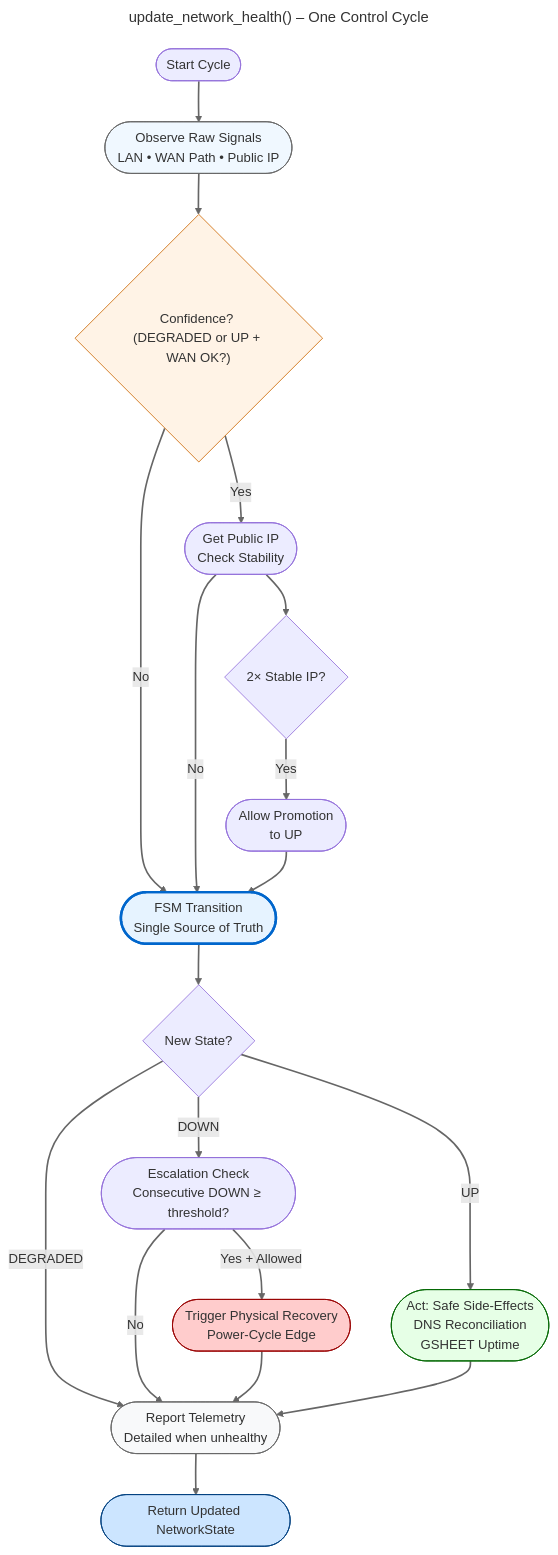
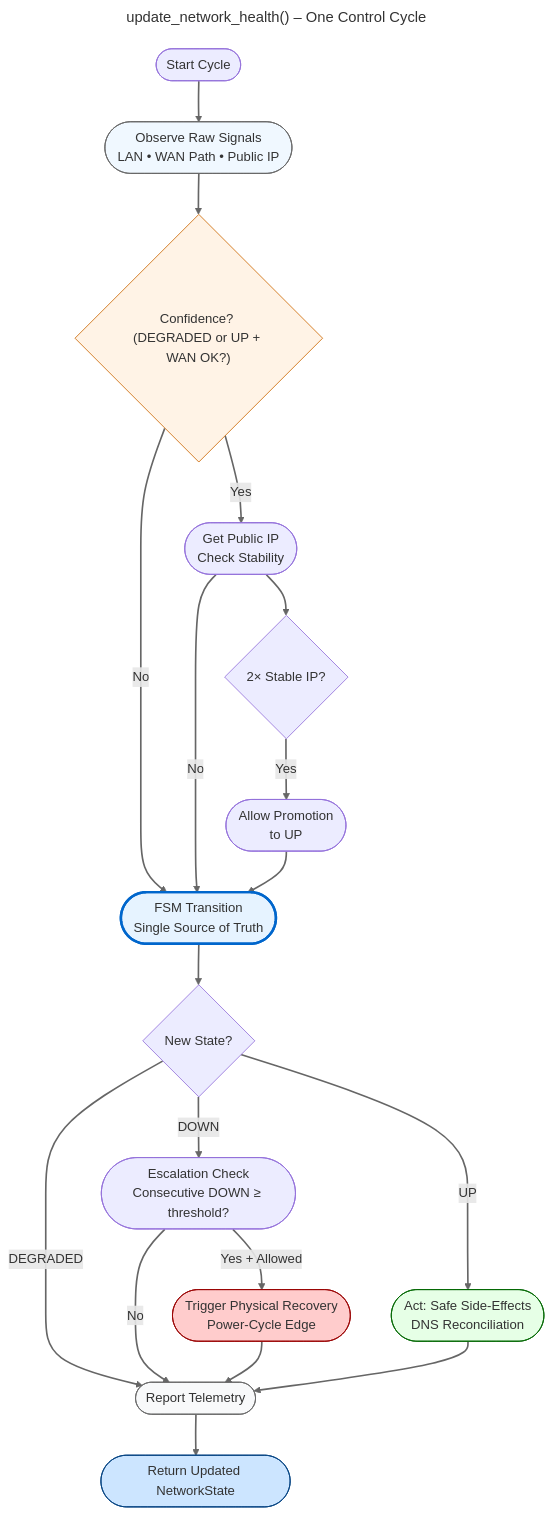
One commit to bkaewell/micro-services changed the fourth of 20 diagrams in update_dns/docs/VPN-DNS-STACK.md. Above: the diagram before and after it, drawn with Mermaid.

Commit message:
Experiment with mermaid diagrams

````diff
--- a/update_dns/docs/VPN-DNS-STACK.md
+++ b/update_dns/docs/VPN-DNS-STACK.md
@@ -145,53 +145,53 @@
 ```mermaid
 ---
 title: update_network_health() – One Control Cycle
 config:
    look: classic
    theme: 'default'
 ---
 graph TD
     Start([Start Cycle]) --> Observe([Observe Raw Signals<br>LAN • WAN Path • Public IP])
 
     Observe --> IPCheck{"Confidence? <br>(DEGRADED or UP + WAN OK?)"}
 
     IPCheck -->|Yes| PublicIP([Get Public IP<br>Check Stability])
 
     PublicIP --> PromotionGate{2× Stable IP?}
 
     PromotionGate -->|Yes| Promote([Allow Promotion<br>to UP])
 
     IPCheck -->|No| FSM([FSM Transition<br>Single Source of Truth])
 
     PublicIP -->|No| FSM
 
     Promote --> FSM
 
     FSM --> State{New State?}
 
+    State -->|UP| Act([Act: Safe Side-Effects<br>DNS Reconciliation])
+
+    State -->|DEGRADED| Report([Report Telemetry])
+
     State -->|DOWN| Escalate([Escalation Check<br>Consecutive DOWN ≥ threshold?])
-
-    State -->|DEGRADED| Report([Report Telemetry<br>Detailed when unhealthy])
-
-    State -->|UP| Act([Act: Safe Side-Effects<br>DNS Reconciliation<br>GSHEET Uptime])
 
     Escalate -->|Yes + Allowed| Recover([Trigger Physical Recovery<br>Power-Cycle Edge])
 
     Escalate -->|No| Report
 
     Recover --> Report
 
     Act --> Report
 
     Report --> End([Return Updated NetworkState])
 
     %% Visual highlights – core flow
     style Observe fill:#f0f8ff,stroke:#666
     style IPCheck fill:#fff3e6,stroke:#cc6600
     style FSM fill:#e6f3ff,stroke:#0066cc,stroke-width:3px
     style Act fill:#e6ffe6,stroke:#006600
     style Recover fill:#ffcccc,stroke:#990000
     style Report fill:#f8f9fa,stroke:#666
     style End fill:#cce5ff,stroke:#004080,rx:12,ry:12
 
     linkStyle default stroke:#666,stroke-width:2px
    ```
````
